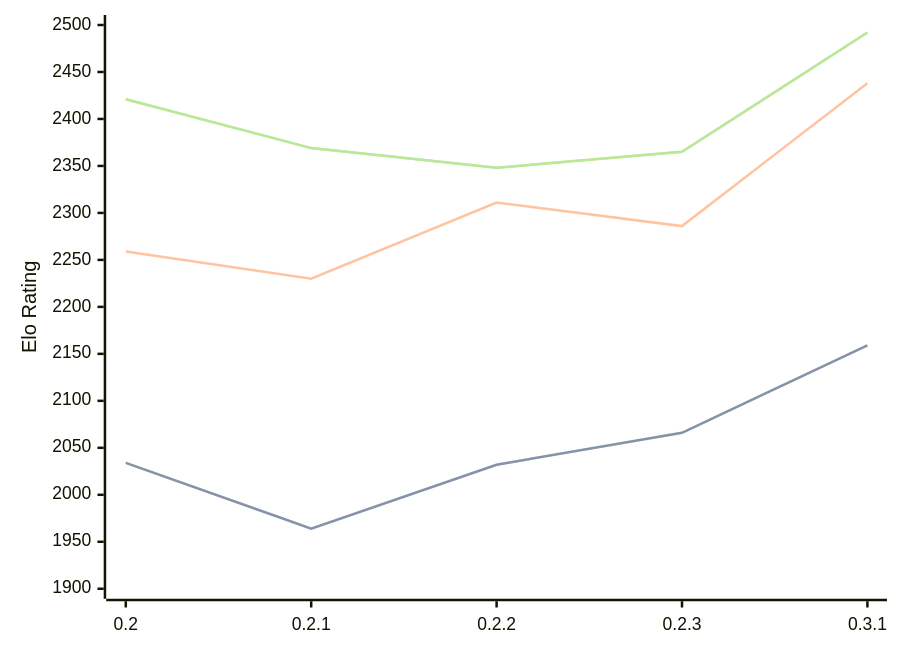
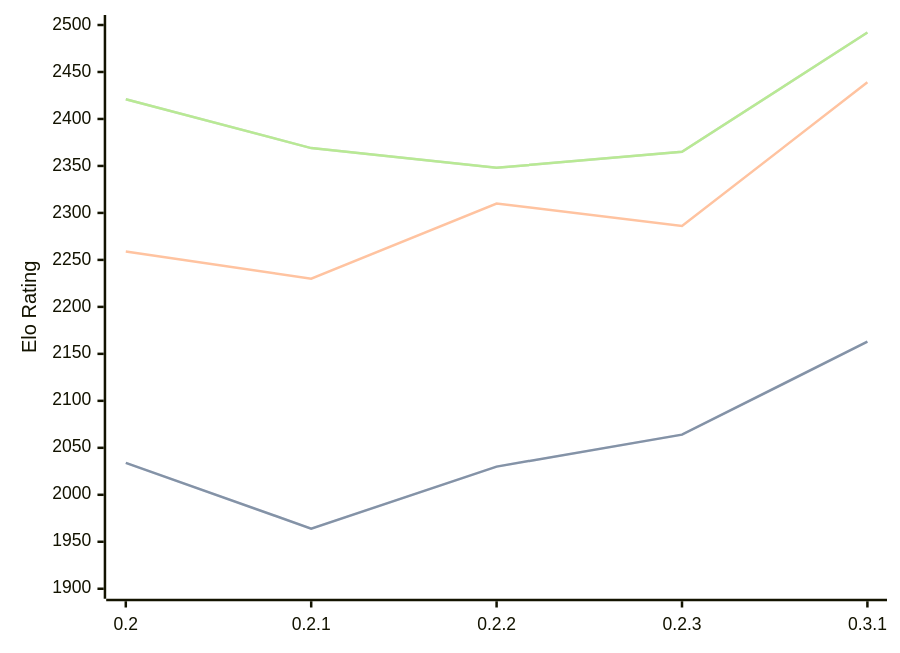
Before and after one commit to computer-chess-index/cci: the diagram in engines/Lolbot.md, drawn with Mermaid. The commit also changed other lines of this file, not shown here.

````diff
--- a/engines/Lolbot.md
+++ b/engines/Lolbot.md
@@ -36,11 +36,11 @@
 ```mermaid
 %%{init: {"theme":"base","themeVariables":{"seriesColors:['#a3a3a3','#222221','#faa371']}}}%%
 xychart-beta
   x-axis ["0.2", "0.2.1", "0.2.2", "0.2.3", "0.3.1"]
   y-axis "Elo Rating" 1900 --> 2500
-  line "STC (8.0+0.08s)" [2034, 1964, 2032, 2066, 2159]
-  line "STC (8.0+0.08s)" [2034, 1964, 2032, 2066, 2159]
-  line "LTC (60.0+0.60s)" [2259, 2230, 2311, 2286, 2438]
+  line "STC (8.0+0.08s)" [2034, 1964, 2030, 2064, 2163]
+  line "STC (8.0+0.08s)" [2034, 1964, 2030, 2064, 2163]
+  line "LTC (60.0+0.60s)" [2259, 2230, 2310, 2286, 2439]
   line "VLTC (2m24s+1.12s)" [2421, 2369, 2348, 2365, 2492]
   line "VLTC (2m24s+1.12s)" [2421, 2369, 2348, 2365, 2492]
 ```
````
